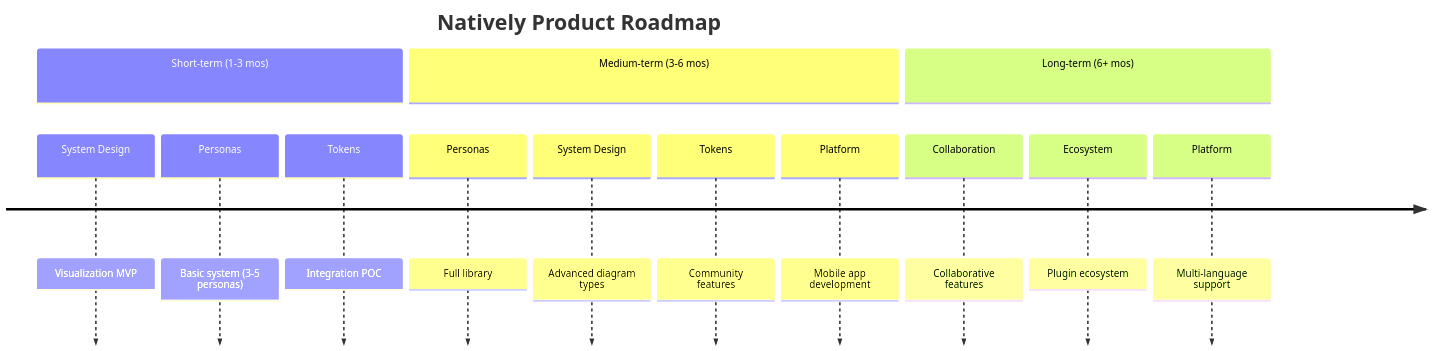
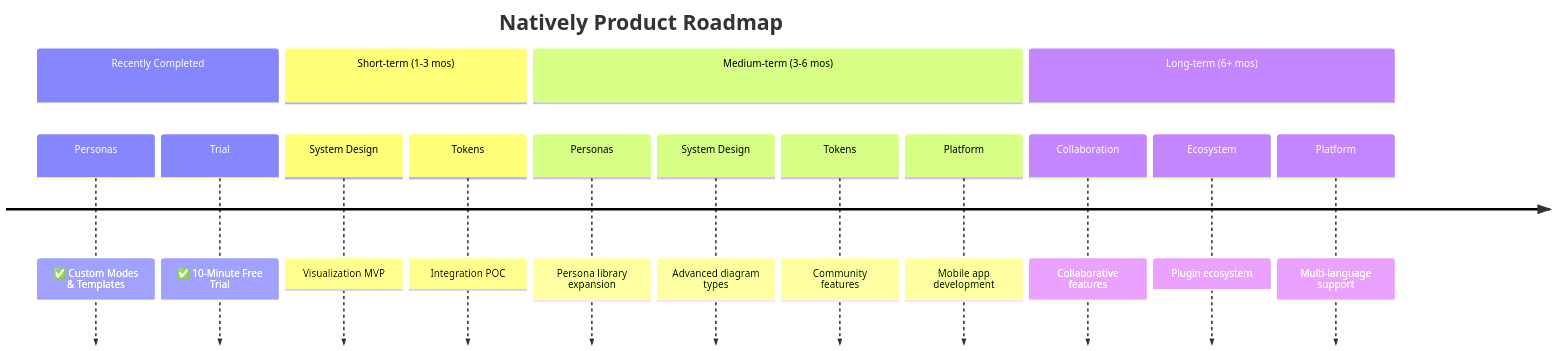
Before and after one commit to tarunshetty125/teamsync-build: the diagram in README.md, drawn with Mermaid. The commit also changed other lines of this file, not shown here.

Commit message:
docs: Highlights new features in Roadmap and Key Features section

````diff
--- a/README.md
+++ b/README.md
@@ -702,17 +705,19 @@
 ```mermaid
 timeline
     title Natively Product Roadmap
+    section Recently Completed
+        Personas : ✅ Custom Modes & Templates
+        Trial : ✅ 10-Minute Free Trial
     section Short-term (1-3 mos)
         System Design : Visualization MVP
-        Personas : Basic system (3-5 personas)
         Tokens : Integration POC
     section Medium-term (3-6 mos)
-        Personas : Full library
+        Personas : Persona library expansion
         System Design : Advanced diagram types
         Tokens : Community features
         Platform : Mobile app development
     section Long-term (6+ mos)
         Collaboration : Collaborative features
         Ecosystem : Plugin ecosystem
         Platform : Multi-language support
 ```
````
